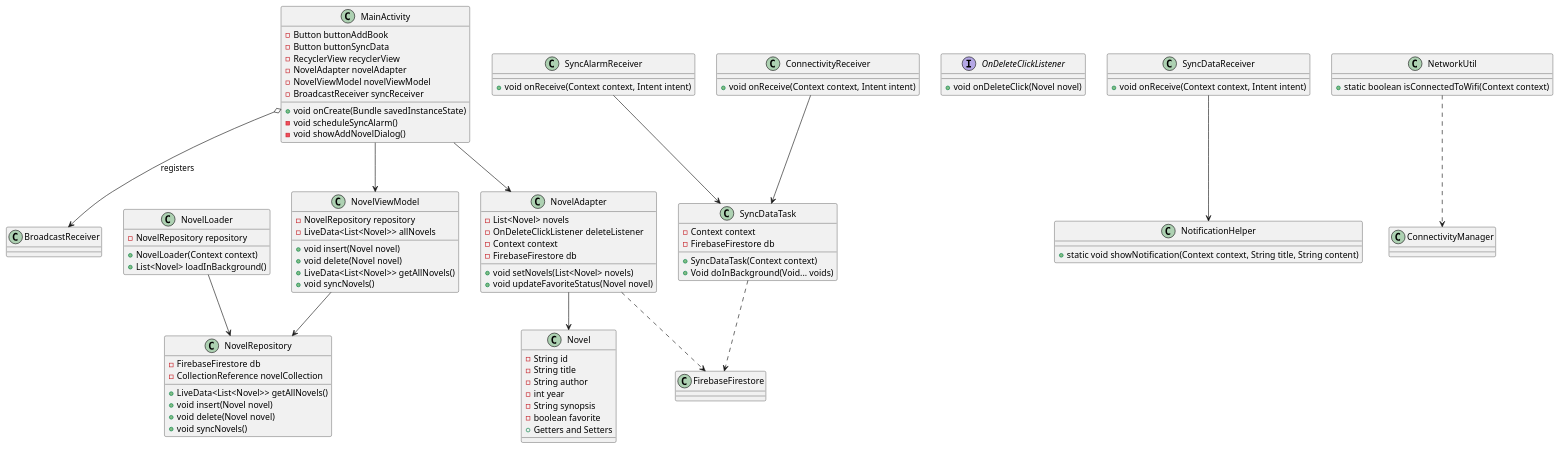
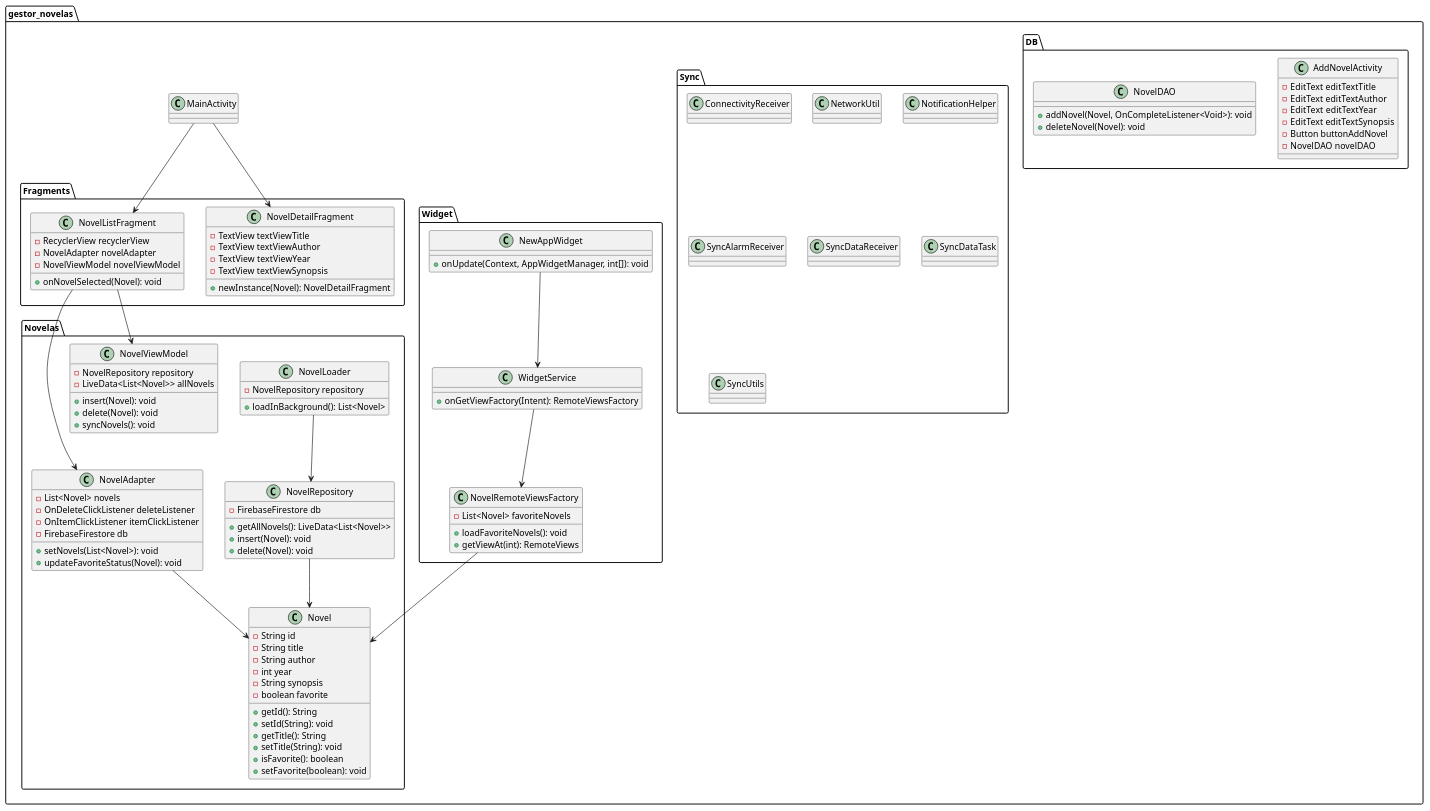
Before and after one commit to NicolasJRuax/Feedback4: the diagram in app/src/main/java/com/myproyect/gestornovelasnjr/uml/ClasesUml.puml, drawn with PlantUML. The commit also changed 5 other files, not shown here.

```diff
--- a/app/src/main/java/com/myproyect/gestornovelasnjr/uml/ClasesUml.puml
+++ b/app/src/main/java/com/myproyect/gestornovelasnjr/uml/ClasesUml.puml
@@ -1,100 +1,121 @@
 @startuml
-class MainActivity {
-    - Button buttonAddBook
-    - Button buttonSyncData
-    - RecyclerView recyclerView
-    - NovelAdapter novelAdapter
-    - NovelViewModel novelViewModel
-    - BroadcastReceiver syncReceiver
-    + void onCreate(Bundle savedInstanceState)
-    - void scheduleSyncAlarm()
-    - void showAddNovelDialog()
+package "gestor_novelas" {
+
+    package DB {
+        class AddNovelActivity {
+            - EditText editTextTitle
+            - EditText editTextAuthor
+            - EditText editTextYear
+            - EditText editTextSynopsis
+            - Button buttonAddNovel
+            - NovelDAO novelDAO
+        }
+
+        class NovelDAO {
+            + addNovel(Novel, OnCompleteListener<Void>): void
+            + deleteNovel(Novel): void
+        }
+    }
+
+    package Fragments {
+        class NovelDetailFragment {
+            - TextView textViewTitle
+            - TextView textViewAuthor
+            - TextView textViewYear
+            - TextView textViewSynopsis
+            + newInstance(Novel): NovelDetailFragment
+        }
+
+        class NovelListFragment {
+            - RecyclerView recyclerView
+            - NovelAdapter novelAdapter
+            - NovelViewModel novelViewModel
+            + onNovelSelected(Novel): void
+        }
+    }
+
+    package Novelas {
+        class Novel {
+            - String id
+            - String title
+            - String author
+            - int year
+            - String synopsis
+            - boolean favorite
+            + getId(): String
+            + setId(String): void
+            + getTitle(): String
+            + setTitle(String): void
+            + isFavorite(): boolean
+            + setFavorite(boolean): void
+        }
+
+        class NovelAdapter {
+            - List<Novel> novels
+            - OnDeleteClickListener deleteListener
+            - OnItemClickListener itemClickListener
+            - FirebaseFirestore db
+            + setNovels(List<Novel>): void
+            + updateFavoriteStatus(Novel): void
+        }
+
+        class NovelLoader {
+            - NovelRepository repository
+            + loadInBackground(): List<Novel>
+        }
+
+        class NovelRepository {
+            - FirebaseFirestore db
+            + getAllNovels(): LiveData<List<Novel>>
+            + insert(Novel): void
+            + delete(Novel): void
+        }
+
+        class NovelViewModel {
+            - NovelRepository repository
+            - LiveData<List<Novel>> allNovels
+            + insert(Novel): void
+            + delete(Novel): void
+            + syncNovels(): void
+        }
+    }
+
+    package Sync {
+        class ConnectivityReceiver
+        class NetworkUtil
+        class NotificationHelper
+        class SyncAlarmReceiver
+        class SyncDataReceiver
+        class SyncDataTask
+        class SyncUtils
+    }
+
+    package Widget {
+        class NewAppWidget {
+            + onUpdate(Context, AppWidgetManager, int[]): void
+        }
+
+        class NovelRemoteViewsFactory {
+            - List<Novel> favoriteNovels
+            + loadFavoriteNovels(): void
+            + getViewAt(int): RemoteViews
+        }
+
+        class WidgetService {
+            + onGetViewFactory(Intent): RemoteViewsFactory
+        }
+    }
+
+    MainActivity --> Fragments.NovelListFragment
+    Fragments.NovelListFragment --> Novelas.NovelAdapter
+    Fragments.NovelListFragment --> Novelas.NovelViewModel
+    Fragments.NovelDetailFragment <-- MainActivity
+    Novelas.NovelAdapter --> Novelas.Novel
+    Novelas.NovelLoader --> Novelas.NovelRepository
+    Novelas.NovelRepository --> Novelas.Novel
+    Widget.NewAppWidget --> Widget.WidgetService
+    Widget.WidgetService --> Widget.NovelRemoteViewsFactory
+    Widget.NovelRemoteViewsFactory --> Novelas.Novel
+
 }
-
-class NovelViewModel {
-    - NovelRepository repository
-    - LiveData<List<Novel>> allNovels
-    + void insert(Novel novel)
-    + void delete(Novel novel)
-    + LiveData<List<Novel>> getAllNovels()
-    + void syncNovels()
-}
-
-class NovelRepository {
-    - FirebaseFirestore db
-    - CollectionReference novelCollection
-    + LiveData<List<Novel>> getAllNovels()
-    + void insert(Novel novel)
-    + void delete(Novel novel)
-    + void syncNovels()
-}
-
-class NovelLoader {
-    - NovelRepository repository
-    + NovelLoader(Context context)
-    + List<Novel> loadInBackground()
-}
-
-class Novel {
-    - String id
-    - String title
-    - String author
-    - int year
-    - String synopsis
-    - boolean favorite
-    + Getters and Setters
-}
-
-class NovelAdapter {
-    - List<Novel> novels
-    - OnDeleteClickListener deleteListener
-    - Context context
-    - FirebaseFirestore db
-    + void setNovels(List<Novel> novels)
-    + void updateFavoriteStatus(Novel novel)
-}
-
-interface OnDeleteClickListener {
-    + void onDeleteClick(Novel novel)
-}
-
-class SyncDataTask {
-    - Context context
-    - FirebaseFirestore db
-    + SyncDataTask(Context context)
-    + Void doInBackground(Void... voids)
-}
-
-class SyncDataReceiver {
-    + void onReceive(Context context, Intent intent)
-}
-
-class SyncAlarmReceiver {
-    + void onReceive(Context context, Intent intent)
-}
-
-class ConnectivityReceiver {
-    + void onReceive(Context context, Intent intent)
-}
-
-class NotificationHelper {
-    + static void showNotification(Context context, String title, String content)
-}
-
-class NetworkUtil {
-    + static boolean isConnectedToWifi(Context context)
-}
-
-MainActivity --> NovelViewModel
-MainActivity --> NovelAdapter
-MainActivity o--> BroadcastReceiver : registers
-NovelViewModel --> NovelRepository
-NovelLoader --> NovelRepository
-NovelAdapter --> Novel
-NovelAdapter ..> FirebaseFirestore
-SyncDataTask ..> FirebaseFirestore
-SyncDataReceiver --> NotificationHelper
-SyncAlarmReceiver --> SyncDataTask
-ConnectivityReceiver --> SyncDataTask
-NetworkUtil ..> ConnectivityManager
 @enduml
```
